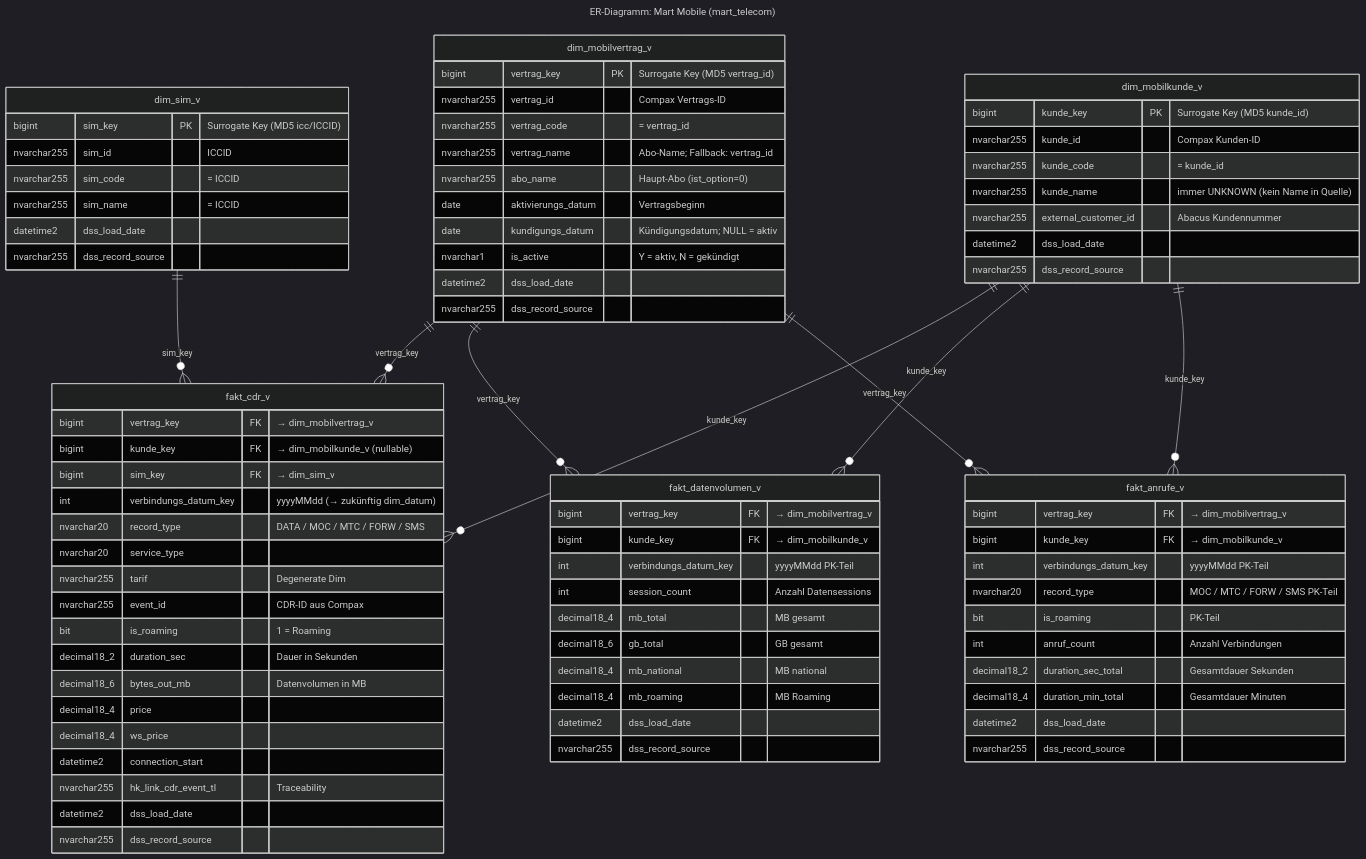
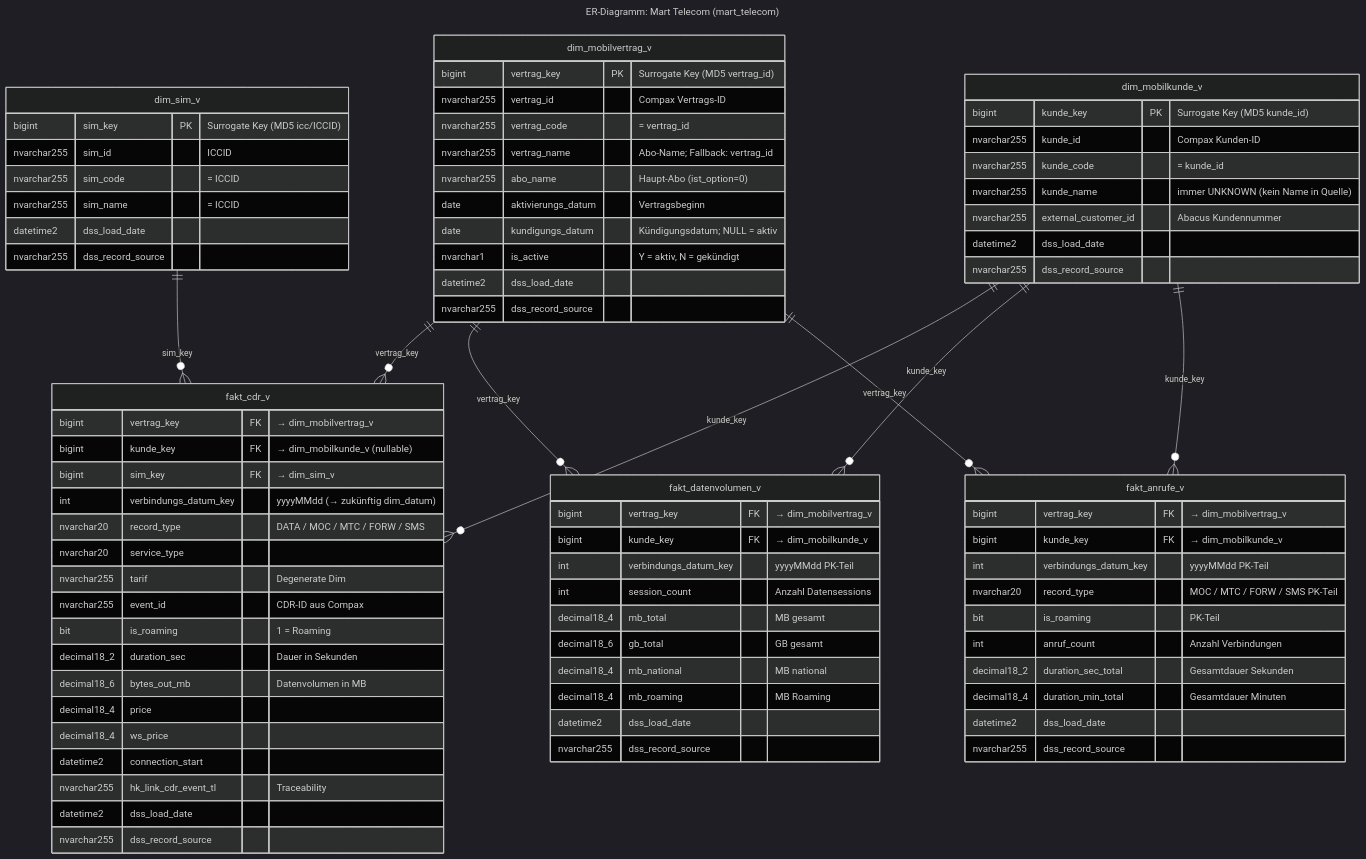
One commit to fellnerd/datavault-dbt changed the diagram in design/mart/er-mart-telecom.mmd. Above: the diagram before and after it, drawn with Mermaid (dark theme). The commit also changed 1 other file, not shown here.

Commit message:
docs: rename mobile -> telecom in implementierungsplan + ER-Diagramm

```diff
--- a/design/mart/er-mart-telecom.mmd
+++ b/design/mart/er-mart-telecom.mmd
@@ -1,110 +1,110 @@
 ---
-title: "ER-Diagramm: Mart Mobile (mart_telecom)"
+title: "ER-Diagramm: Mart Telecom (mart_telecom)"
 ---
 
 erDiagram
     %% ===========================================================================
-    %% MART MOBILE — Star Schema für CDR / Mobilfunk-Auswertungen
+    %% MART TELECOM — Star Schema für CDR / Mobilfunk-Auswertungen
     %% Schema: mart_telecom
     %% Datenstand: Rolling 30 Tage (nach Retention-Purge-Aktivierung)
     %% ===========================================================================
 
     %% ---------------------------------------------------------------------------
     %% DIMENSIONEN
     %% ---------------------------------------------------------------------------
 
     dim_mobilvertrag_v {
         bigint       vertrag_key         PK "Surrogate Key (MD5 vertrag_id)"
         nvarchar255  vertrag_id              "Compax Vertrags-ID"
         nvarchar255  vertrag_code            "= vertrag_id"
         nvarchar255  vertrag_name            "Abo-Name; Fallback: vertrag_id"
         nvarchar255  abo_name                "Haupt-Abo (ist_option=0)"
         date         aktivierungs_datum      "Vertragsbeginn"
         date         kundigungs_datum        "Kündigungsdatum; NULL = aktiv"
         nvarchar1    is_active               "Y = aktiv, N = gekündigt"
         datetime2    dss_load_date
         nvarchar255  dss_record_source
     }
 
     dim_mobilkunde_v {
         bigint       kunde_key           PK "Surrogate Key (MD5 kunde_id)"
         nvarchar255  kunde_id                "Compax Kunden-ID"
         nvarchar255  kunde_code              "= kunde_id"
         nvarchar255  kunde_name              "immer UNKNOWN (kein Name in Quelle)"
         nvarchar255  external_customer_id    "Abacus Kundennummer"
         datetime2    dss_load_date
         nvarchar255  dss_record_source
     }
 
     dim_sim_v {
         bigint       sim_key             PK "Surrogate Key (MD5 icc/ICCID)"
         nvarchar255  sim_id                  "ICCID"
         nvarchar255  sim_code                "= ICCID"
         nvarchar255  sim_name                "= ICCID"
         datetime2    dss_load_date
         nvarchar255  dss_record_source
     }
 
     %% ---------------------------------------------------------------------------
     %% FAKTENTABELLEN
     %% ---------------------------------------------------------------------------
 
     fakt_cdr_v {
         bigint       vertrag_key         FK "→ dim_mobilvertrag_v"
         bigint       kunde_key           FK "→ dim_mobilkunde_v (nullable)"
         bigint       sim_key             FK "→ dim_sim_v"
         int          verbindungs_datum_key   "yyyyMMdd (→ zukünftig dim_datum)"
         nvarchar20   record_type             "DATA / MOC / MTC / FORW / SMS"
         nvarchar20   service_type
         nvarchar255  tarif                   "Degenerate Dim"
         nvarchar255  event_id                "CDR-ID aus Compax"
         bit          is_roaming              "1 = Roaming"
         decimal18_2  duration_sec            "Dauer in Sekunden"
         decimal18_6  bytes_out_mb            "Datenvolumen in MB"
         decimal18_4  price
         decimal18_4  ws_price
         datetime2    connection_start
         nvarchar255  hk_link_cdr_event_tl    "Traceability"
         datetime2    dss_load_date
         nvarchar255  dss_record_source
     }
 
     fakt_datenvolumen_v {
         bigint       vertrag_key         FK "→ dim_mobilvertrag_v"
         bigint       kunde_key           FK "→ dim_mobilkunde_v"
         int          verbindungs_datum_key   "yyyyMMdd PK-Teil"
         int          session_count           "Anzahl Datensessions"
         decimal18_4  mb_total                "MB gesamt"
         decimal18_6  gb_total                "GB gesamt"
         decimal18_4  mb_national             "MB national"
         decimal18_4  mb_roaming              "MB Roaming"
         datetime2    dss_load_date
         nvarchar255  dss_record_source
     }
 
     fakt_anrufe_v {
         bigint       vertrag_key         FK "→ dim_mobilvertrag_v"
         bigint       kunde_key           FK "→ dim_mobilkunde_v"
         int          verbindungs_datum_key   "yyyyMMdd PK-Teil"
         nvarchar20   record_type             "MOC / MTC / FORW / SMS PK-Teil"
         bit          is_roaming              "PK-Teil"
         int          anruf_count             "Anzahl Verbindungen"
         decimal18_2  duration_sec_total      "Gesamtdauer Sekunden"
         decimal18_4  duration_min_total      "Gesamtdauer Minuten"
         datetime2    dss_load_date
         nvarchar255  dss_record_source
     }
 
     %% ---------------------------------------------------------------------------
     %% BEZIEHUNGEN
     %% ---------------------------------------------------------------------------
 
     dim_mobilvertrag_v ||--o{ fakt_cdr_v             : "vertrag_key"
     dim_mobilkunde_v   ||--o{ fakt_cdr_v             : "kunde_key"
     dim_sim_v          ||--o{ fakt_cdr_v             : "sim_key"
 
     dim_mobilvertrag_v ||--o{ fakt_datenvolumen_v    : "vertrag_key"
     dim_mobilkunde_v   ||--o{ fakt_datenvolumen_v    : "kunde_key"
 
     dim_mobilvertrag_v ||--o{ fakt_anrufe_v          : "vertrag_key"
     dim_mobilkunde_v   ||--o{ fakt_anrufe_v          : "kunde_key"
```
